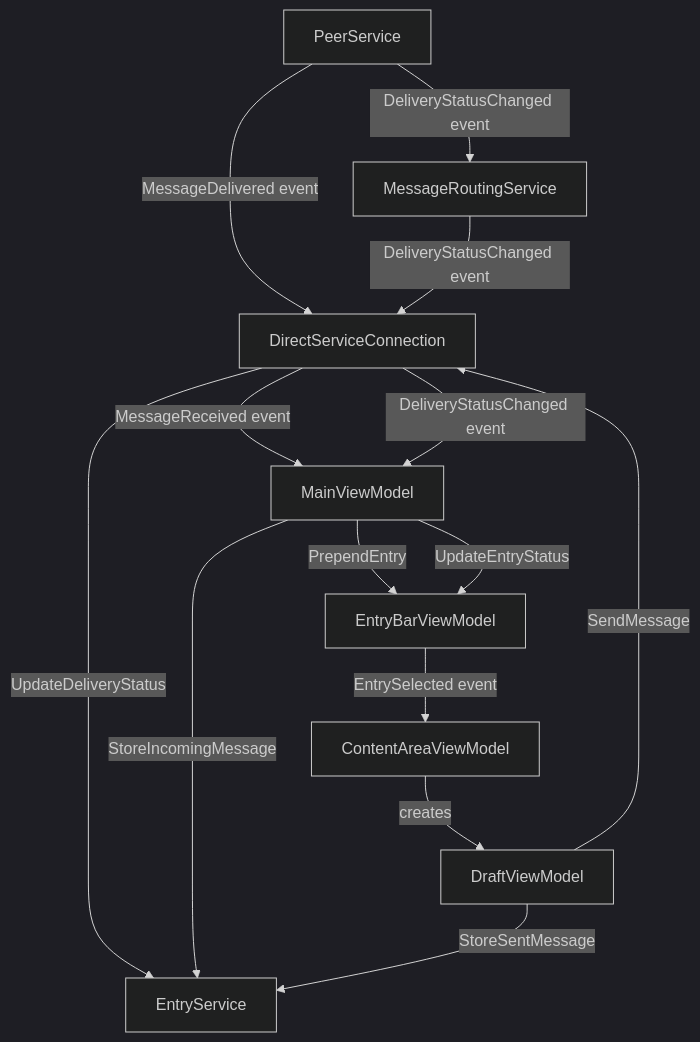
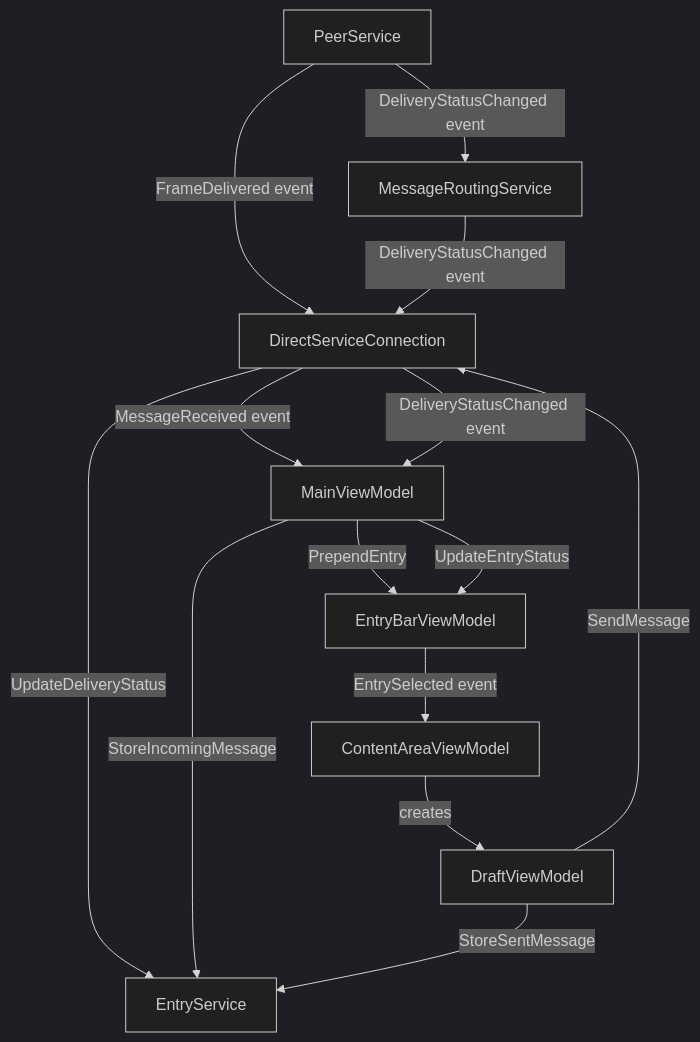
One commit to Blue-Heighliner/Comlink changed the diagram in Docs/Components/Services.md. Above: the diagram before and after it, drawn with Mermaid (dark theme). The commit also changed other lines of this file and 117 other files, not shown here.

````diff
--- a/Docs/Components/Services.md
+++ b/Docs/Components/Services.md
@@ -5,24 +5,24 @@
 ```mermaid
 graph TD
     PS[PeerService]
     DSC[DirectServiceConnection]
     MRS[MessageRoutingService]
     ES[EntryService]
     MVM[MainViewModel]
     DVM[DraftViewModel]
     EBV[EntryBarViewModel]
     CAV[ContentAreaViewModel]
-    PS -->|MessageDelivered event| DSC
+    PS -->|FrameDelivered event| DSC
     PS -->|DeliveryStatusChanged event| MRS
     MRS -->|DeliveryStatusChanged event| DSC
     DSC -->|UpdateDeliveryStatus| ES
     DSC -->|MessageReceived event| MVM
     DSC -->|DeliveryStatusChanged event| MVM
     MVM -->|StoreIncomingMessage| ES
     CAV -->|creates| DVM
     DVM -->|SendMessage| DSC
     DVM -->|StoreSentMessage| ES
     MVM -->|PrependEntry| EBV
     MVM -->|UpdateEntryStatus| EBV
     EBV -->|EntrySelected event| CAV
 ```
````
